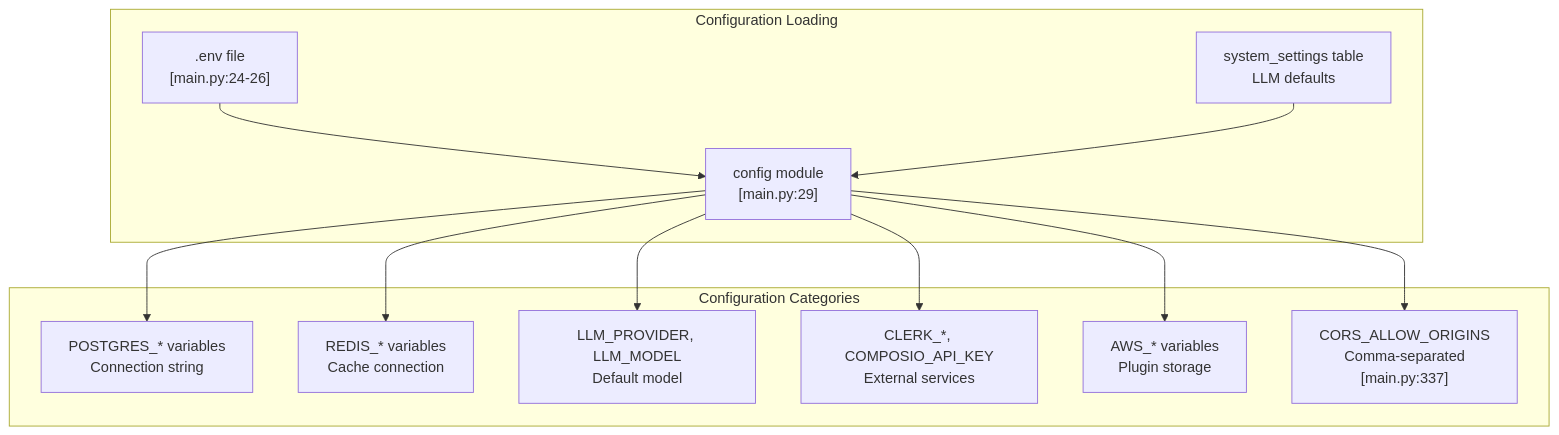
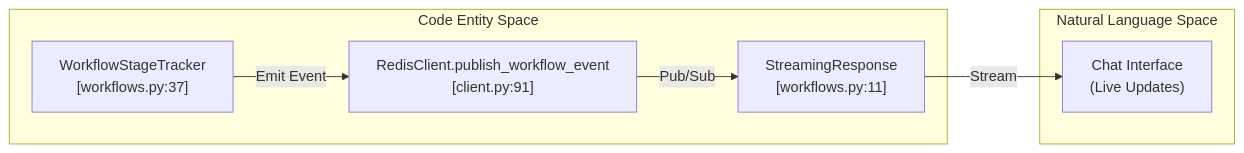
One commit to AutomatosAI/automatos-ai changed the second of 2 diagrams in docs/backend-architecture/_index.md. Above: the diagram before and after it, drawn with Mermaid. The commit also changed other lines of this file and 149 other files, not shown here.

Commit message:
docs: refresh documentation with graphify semantic scan

````diff
--- a/docs/backend-architecture/_index.md
+++ b/docs/backend-architecture/_index.md
@@ -1464,27 +157,16 @@
 ```mermaid
-graph TB
-    subgraph "Configuration Loading"
-        EnvVars[".env file<br/>[main.py:24-26]"]
-        Config["config module<br/>[main.py:29]"]
-        SystemSettings["system_settings table<br/>LLM defaults"]
-        
-        EnvVars --> Config
-        SystemSettings --> Config
+graph LR
+    subgraph "Code Entity Space"
+        WST["WorkflowStageTracker<br/>[workflows.py:37]"]
+        Redis["RedisClient.publish_workflow_event<br/>[client.py:91]"]
+        SSE["StreamingResponse<br/>[workflows.py:11]"]
     end
-    
-    subgraph "Configuration Categories"
-        Database["POSTGRES_* variables<br/>Connection string"]
-        Redis["REDIS_* variables<br/>Cache connection"]
-        LLM["LLM_PROVIDER, LLM_MODEL<br/>Default model"]
-        Auth["CLERK_*, COMPOSIO_API_KEY<br/>External services"]
-        S3["AWS_* variables<br/>Plugin storage"]
-        CORS["CORS_ALLOW_ORIGINS<br/>Comma-separated<br/>[main.py:337]"]
-        
-        Config --> Database
-        Config --> Redis
-        Config --> LLM
-        Config --> Auth
-        Config --> S3
-        Config --> CORS
+
+    subgraph "Natural Language Space"
+        UI["Chat Interface<br/>(Live Updates)"]
     end
+
+    WST -->|Emit Event| Redis
+    Redis -->|Pub/Sub| SSE
+    SSE -->|Stream| UI
 ```
````
